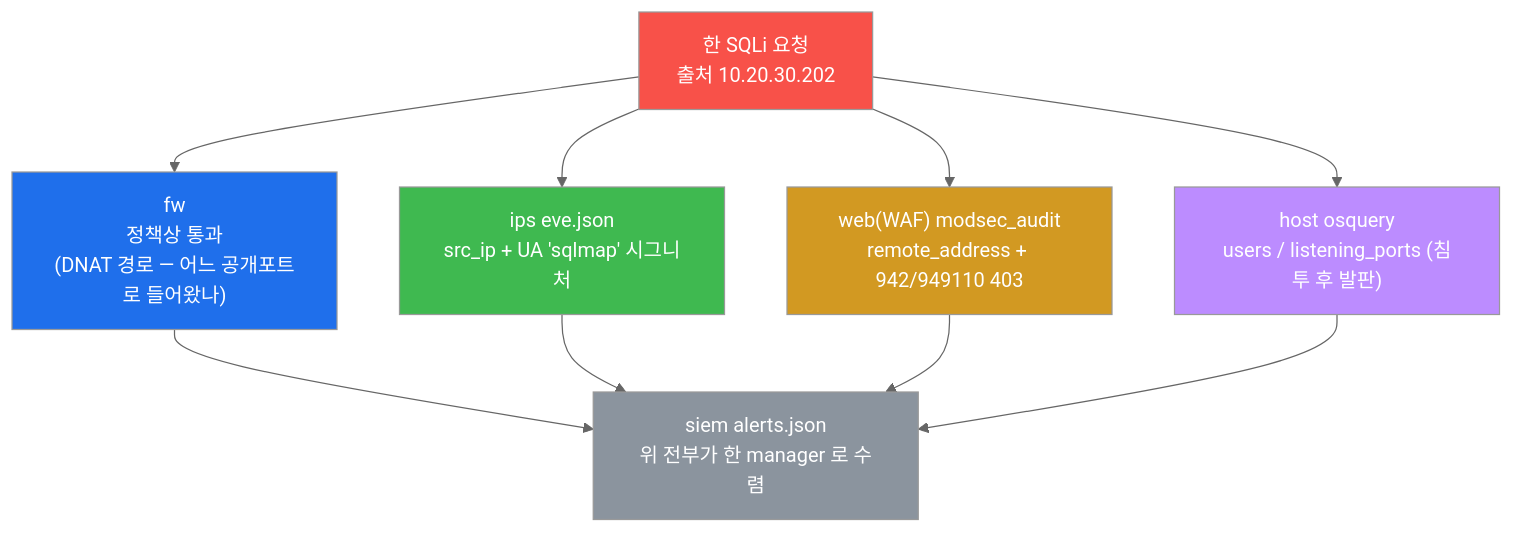
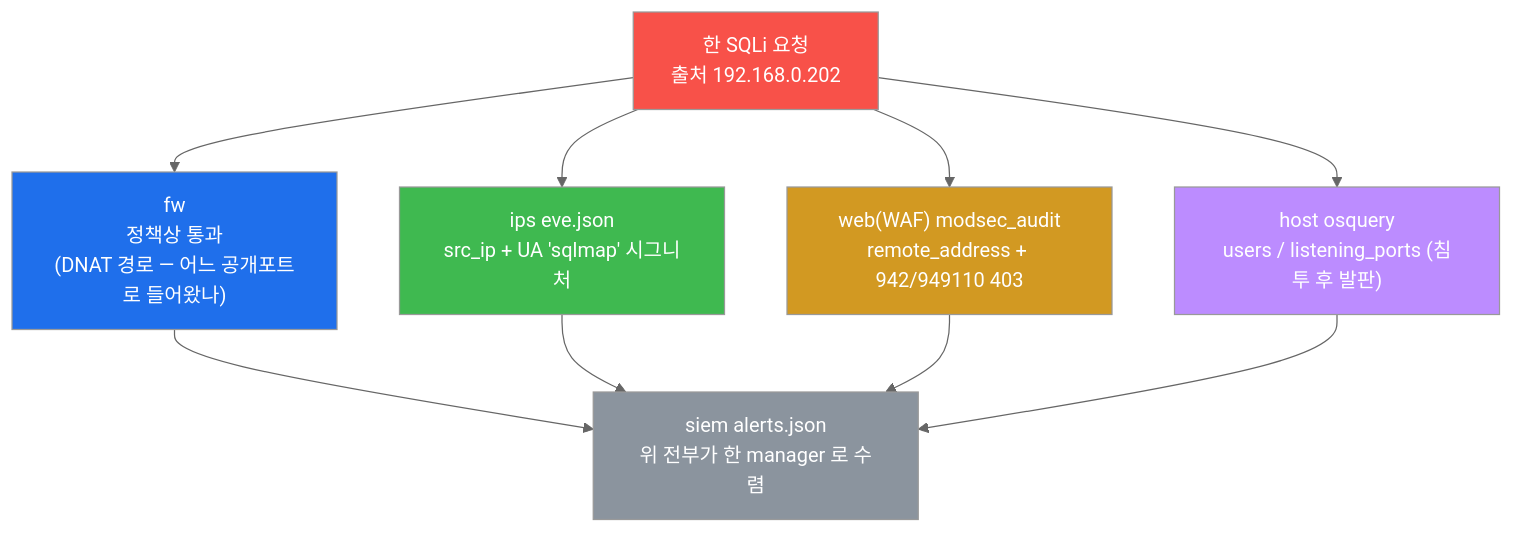
One commit to mrgrit/tw2 changed the eighth of 10 diagrams in contents/training/secuops/lecture_week08.md. Above: the diagram before and after it, drawn with Mermaid (neutral theme). The commit also changed other lines of this file and 5 other files, not shown here.

````diff
--- a/contents/training/secuops/lecture_week08.md
+++ b/contents/training/secuops/lecture_week08.md
@@ -449,23 +449,23 @@
 ```mermaid
 graph TD
-    EVENT["한 SQLi 요청<br/>출처 10.20.30.202"]
+    EVENT["한 SQLi 요청<br/>출처 192.168.0.202"]
     FW["fw<br/>정책상 통과<br/>(DNAT 경로 — 어느 공개포트로 들어왔나)"]
     IPS["ips eve.json<br/>src_ip + UA 'sqlmap' 시그니처"]
     WEB["web(WAF) modsec_audit<br/>remote_address + 942/949110 403"]
     HOST["host osquery<br/>users / listening_ports (침투 후 발판)"]
     SIEM["siem alerts.json<br/>위 전부가 한 manager 로 수렴"]
     EVENT --> FW
     EVENT --> IPS
     EVENT --> WEB
     EVENT --> HOST
     FW --> SIEM
     IPS --> SIEM
     WEB --> SIEM
     HOST --> SIEM
     style EVENT fill:#f85149,color:#fff
     style FW fill:#1f6feb,color:#fff
     style IPS fill:#3fb950,color:#fff
     style WEB fill:#d29922,color:#fff
     style HOST fill:#bc8cff,color:#fff
     style SIEM fill:#8b949e,color:#fff
 ```
````
